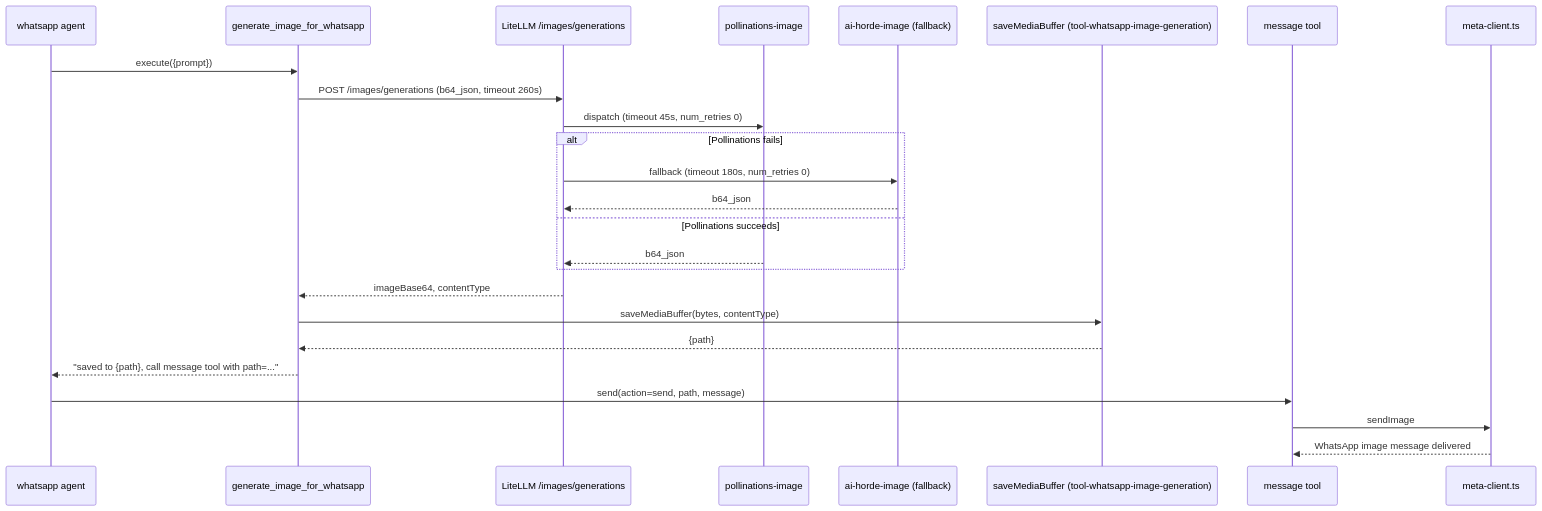
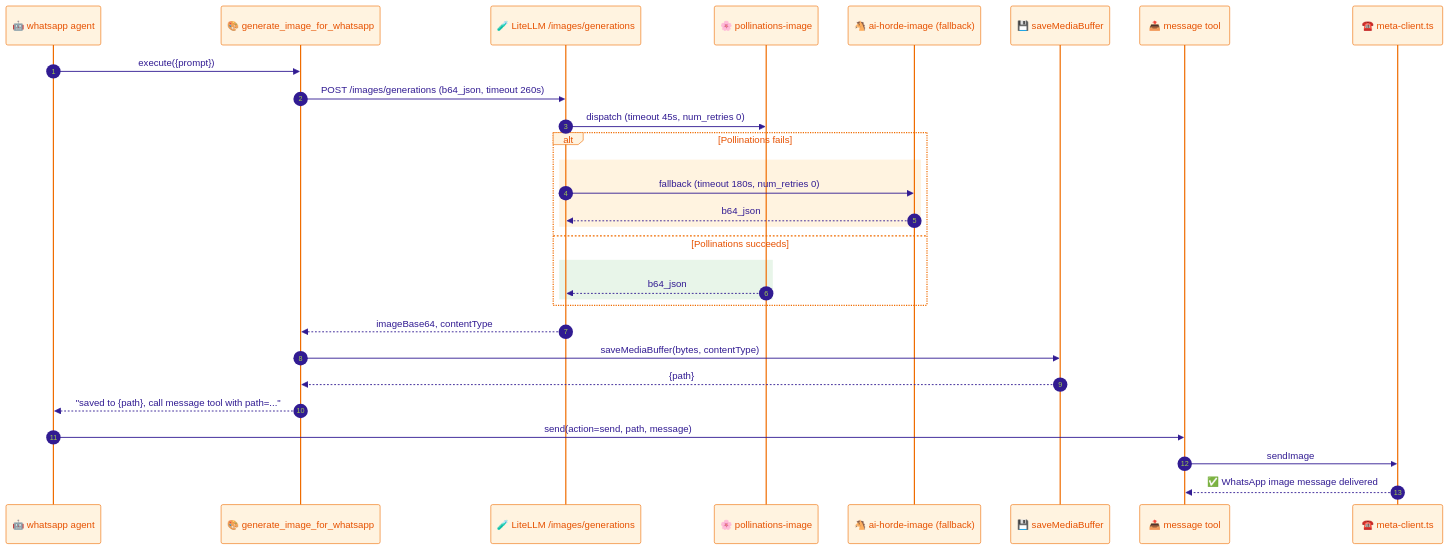
One commit to shqear93/openclaw-whatsapp-cloud changed the fifth of 6 diagrams in ARCHITECTURE.md. Above: the diagram before and after it, drawn with Mermaid. The commit also changed other lines of this file, not shown here.

First line of the commit message:
docs(architecture): restyle diagrams with color coding and icons

````diff
--- a/ARCHITECTURE.md
+++ b/ARCHITECTURE.md
@@ -560,28 +594,34 @@
 ```mermaid
+%%{init: {'theme': 'base', 'themeVariables': {'primaryColor': '#ede7f6', 'primaryBorderColor': '#5e35b1', 'primaryTextColor': '#311b92', 'lineColor': '#5e35b1', 'actorBkg': '#fff3e0', 'actorBorder': '#ef6c00', 'actorTextColor': '#e65100'}}}%%
 sequenceDiagram
-    participant Agent as whatsapp agent
-    participant Tool as generate_image_for_whatsapp
-    participant LL as LiteLLM /images/generations
-    participant PO as pollinations-image
-    participant AH as ai-horde-image (fallback)
-    participant Sandbox as saveMediaBuffer (tool-whatsapp-image-generation)
-    participant MsgTool as message tool
-    participant MC as meta-client.ts
+    autonumber
+    participant Agent as 🤖 whatsapp agent
+    participant Tool as 🎨 generate_image_for_whatsapp
+    participant LL as 🧪 LiteLLM /images/generations
+    participant PO as 🌸 pollinations-image
+    participant AH as 🐴 ai-horde-image (fallback)
+    participant Sandbox as 💾 saveMediaBuffer
+    participant MsgTool as 📤 message tool
+    participant MC as ☎️ meta-client.ts
 
     Agent->>Tool: execute({prompt})
     Tool->>LL: POST /images/generations (b64_json, timeout 260s)
     LL->>PO: dispatch (timeout 45s, num_retries 0)
     alt Pollinations fails
+        rect rgb(255, 243, 224)
         LL->>AH: fallback (timeout 180s, num_retries 0)
         AH-->>LL: b64_json
+        end
     else Pollinations succeeds
+        rect rgb(232, 245, 233)
         PO-->>LL: b64_json
+        end
     end
     LL-->>Tool: imageBase64, contentType
     Tool->>Sandbox: saveMediaBuffer(bytes, contentType)
     Sandbox-->>Tool: {path}
     Tool-->>Agent: "saved to {path}, call message tool with path=..."
     Agent->>MsgTool: send(action=send, path, message)
     MsgTool->>MC: sendImage
-    MC-->>MsgTool: WhatsApp image message delivered
+    MC-->>MsgTool: ✅ WhatsApp image message delivered
 ```
````
